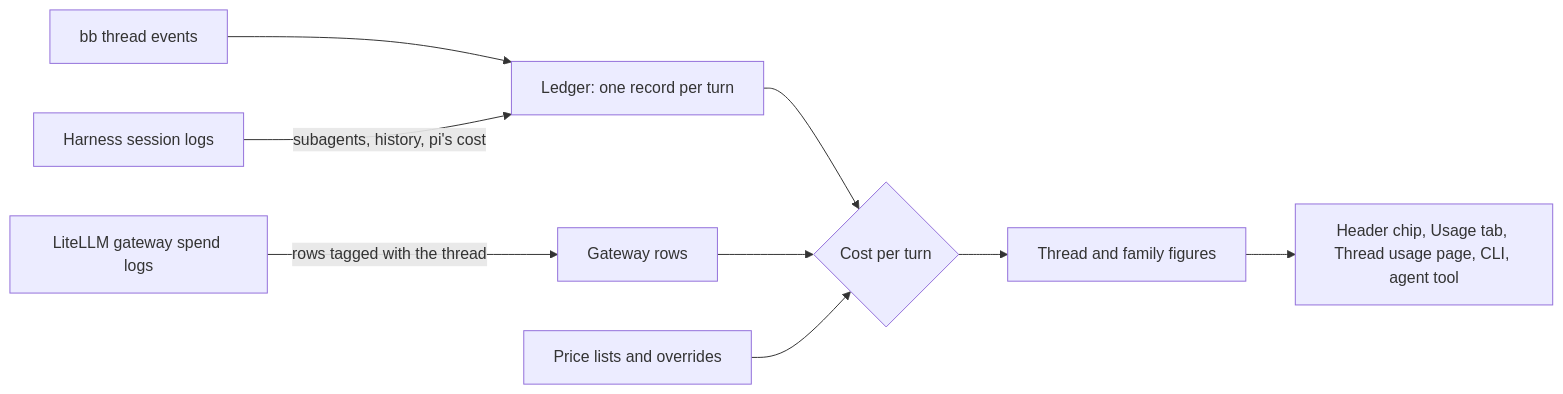
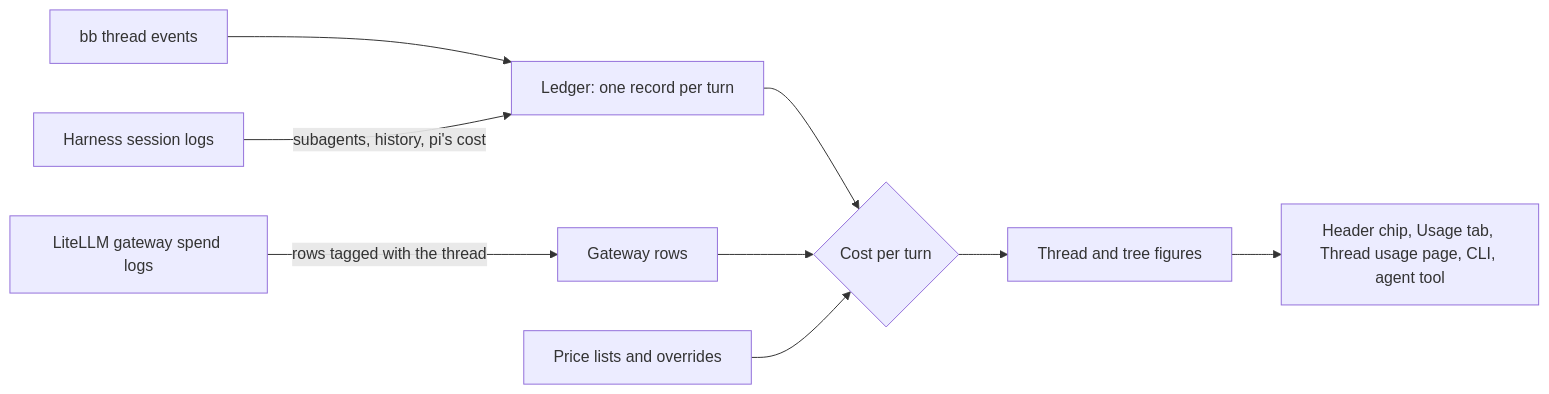
Before and after one commit to gperezmz/bb-plugins: the diagram in docs/explanation/thread-usage-counting.md, drawn with Mermaid. The commit also changed other lines of this file and 63 other files, not shown here.

First line of the commit message:
refactor: rename family to thread tree in Thread Glance, Thread Usage and the docs (#67)

````diff
--- a/docs/explanation/thread-usage-counting.md
+++ b/docs/explanation/thread-usage-counting.md
@@ -5,11 +5,11 @@
 ```mermaid
 flowchart LR
   events["bb thread events"] --> ledger["Ledger: one record per turn"]
   logs["Harness session logs"] -->|subagents, history, pi's cost| ledger
   gateway["LiteLLM gateway spend logs"] -->|rows tagged with the thread| rows["Gateway rows"]
   ledger --> cost{"Cost per turn"}
   rows --> cost
   prices["Price lists and overrides"] --> cost
-  cost --> figures["Thread and family figures"]
+  cost --> figures["Thread and tree figures"]
   figures --> surfaces["Header chip, Usage tab, Thread usage page, CLI, agent tool"]
 ```
````
